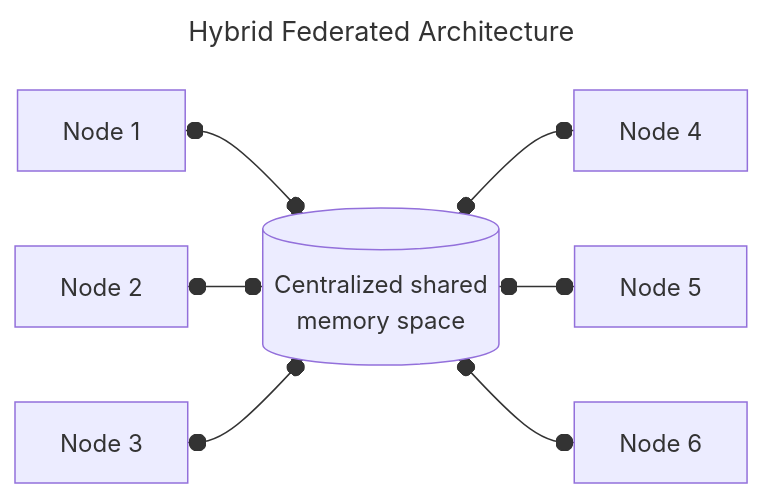
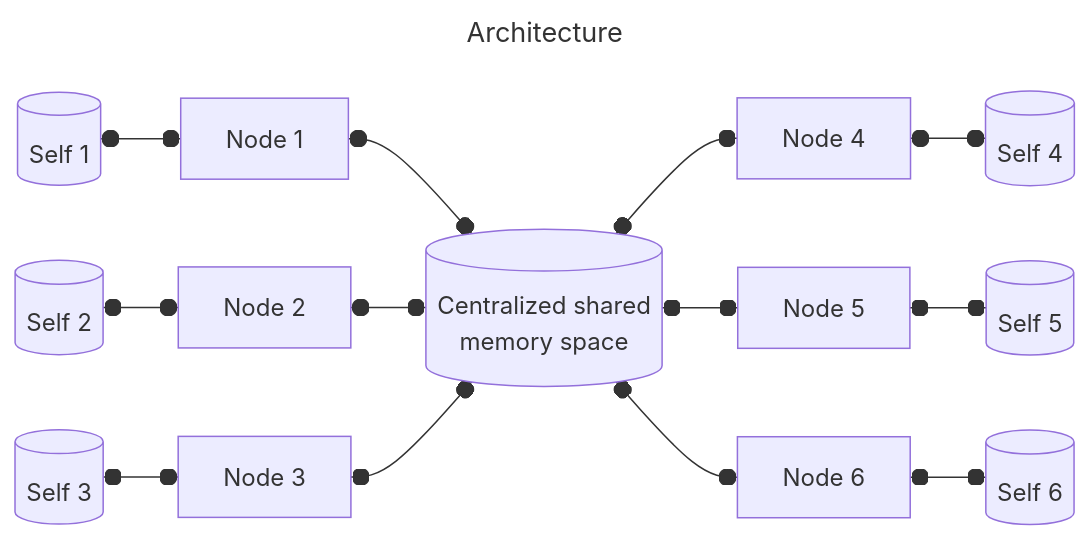
The first of 7 diagrams in README.md (PYBrulin/axone), drawn with Mermaid before and after one commit. The commit also changed other lines of this file and 3 other files, not shown here.

````diff
--- a/README.md
+++ b/README.md
@@ -37,14 +35,14 @@
 ```mermaid
 ---
-title: Hybrid Federated Architecture
+title: Architecture
 ---
 flowchart LR
     central_memory[(Centralized shared\nmemory space)]
-    node_1[Node 1]
-    node_2[Node 2]
-    node_3[Node 3]
-    node_4[Node 4]
-    node_5[Node 5]
-    node_6[Node 6]
+    self_1[(Self 1)] o--o node_1[Node 1]
+    self_2[(Self 2)] o--o node_2[Node 2]
+    self_3[(Self 3)] o--o node_3[Node 3]
+    node_4[Node 4] o--o self_4[(Self 4)]
+    node_5[Node 5] o--o self_5[(Self 5)]
+    node_6[Node 6] o--o self_6[(Self 6)]
     node_1 & node_2 & node_3 o--o central_memory o--o node_4 & node_5 & node_6
 ```
````
